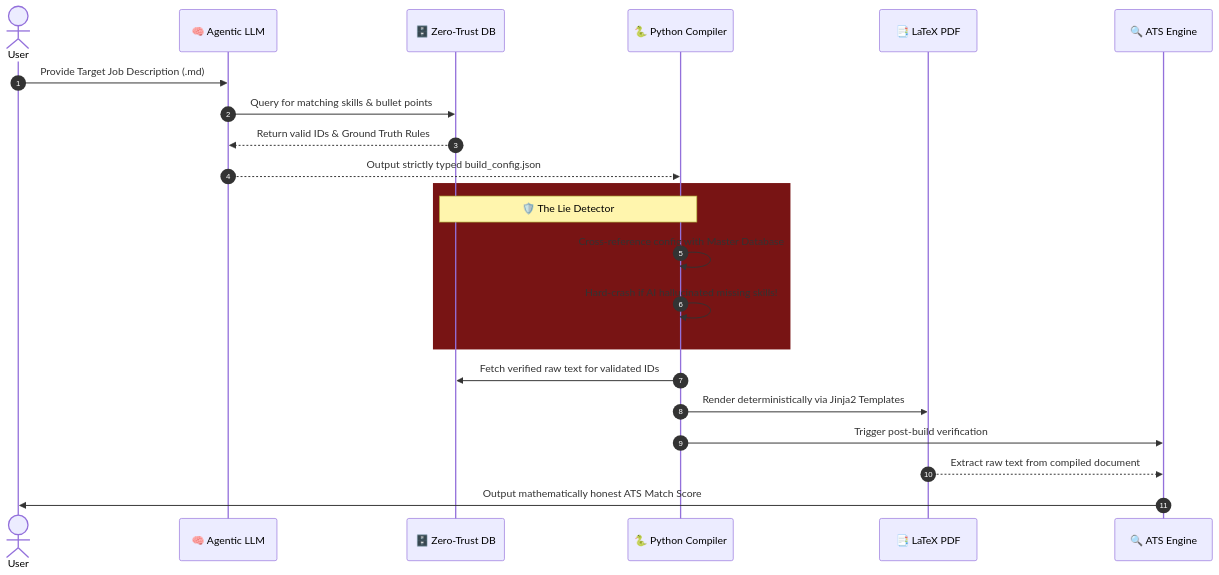
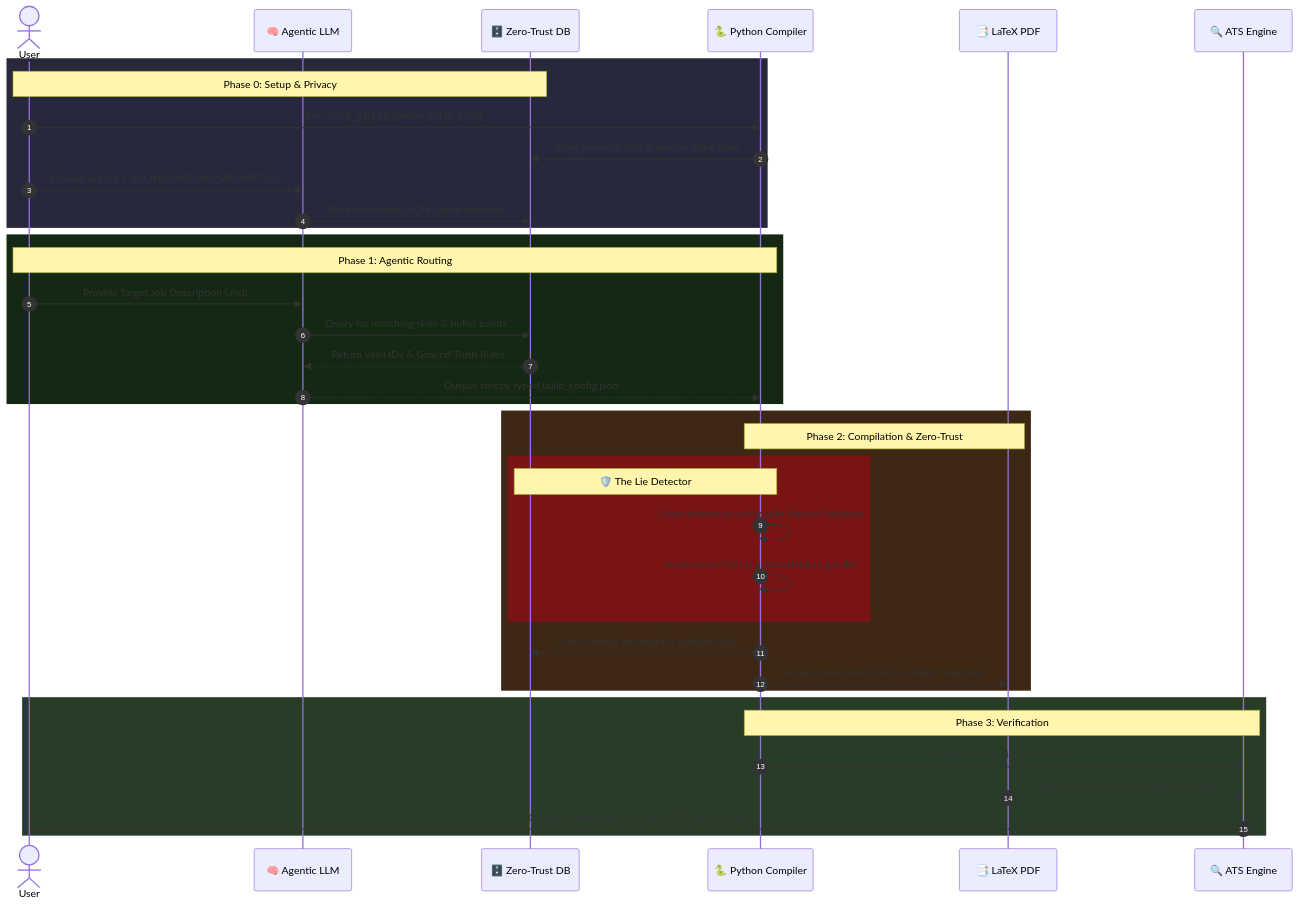
One commit to Gotili/EigenCV changed the diagram in README.md. Above: the diagram before and after it, drawn with Mermaid.

Commit message:
add onboarding

````diff
--- a/README.md
+++ b/README.md
@@ -96,28 +96,45 @@
 ```mermaid
 sequenceDiagram
     autonumber
     actor User
     participant LLM as 🧠 Agentic LLM
     participant DB as 🗄️ Zero-Trust DB
     participant Core as 🐍 Python Compiler
     participant PDF as 📑 LaTeX PDF
     participant ATS as 🔍 ATS Engine
 
+    rect rgb(40, 40, 60)
+    Note over User,DB: Phase 0: Setup & Privacy
+    User->>Core: Run scrub_data.py (Before public push)
+    Core->>DB: Wipe personal data & restore blank slate
+    User->>LLM: Provide old CV + AI_ONBOARDING_PROMPT.md
+    LLM->>DB: Build immutable JSON career database
+    end
+
+    rect rgb(20, 40, 20)
+    Note over User,Core: Phase 1: Agentic Routing
     User->>LLM: Provide Target Job Description (.md)
     LLM->>DB: Query for matching skills & bullet points
     DB-->>LLM: Return valid IDs & Ground Truth Rules
     LLM-->>Core: Output strictly typed build_config.json
+    end
     
+    rect rgb(60, 40, 20)
+    Note over Core,PDF: Phase 2: Compilation & Zero-Trust
     rect rgb(120, 20, 20)
     Note over Core,DB: 🛡️ The Lie Detector
     Core->>Core: Cross-reference config with Master Database
     Core->>Core: Hard-crash if AI hallucinated missing skills!
     end
     
     Core->>DB: Fetch verified raw text for validated IDs
     Core->>PDF: Render deterministically via Jinja2 Templates
+    end
     
+    rect rgb(40, 60, 40)
+    Note over Core,ATS: Phase 3: Verification
     Core->>ATS: Trigger post-build verification
     PDF-->>ATS: Extract raw text from compiled document
     ATS->>User: Output mathematically honest ATS Match Score
+    end
 ```
````
